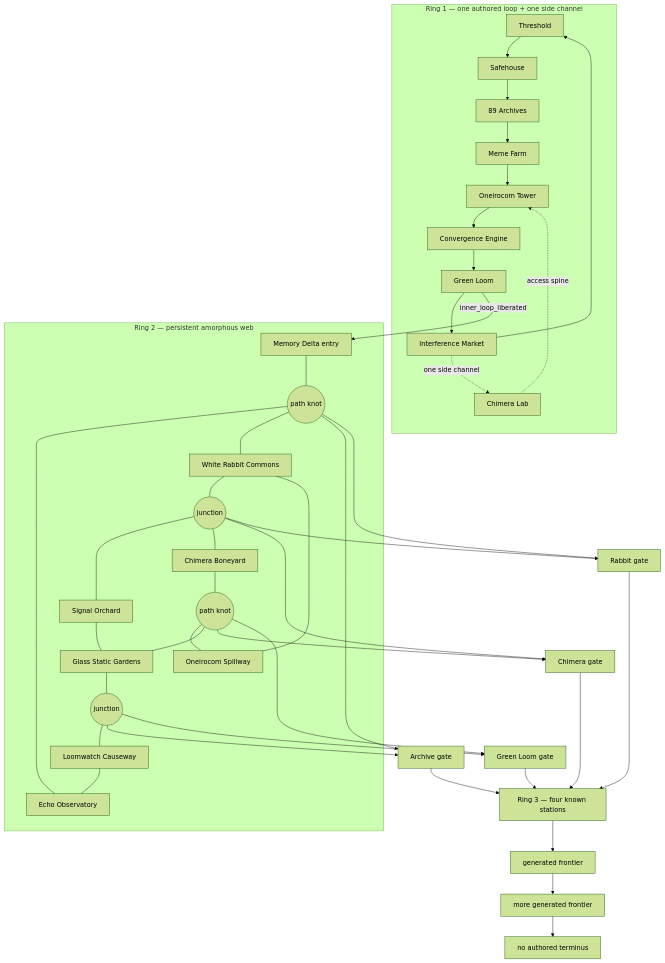
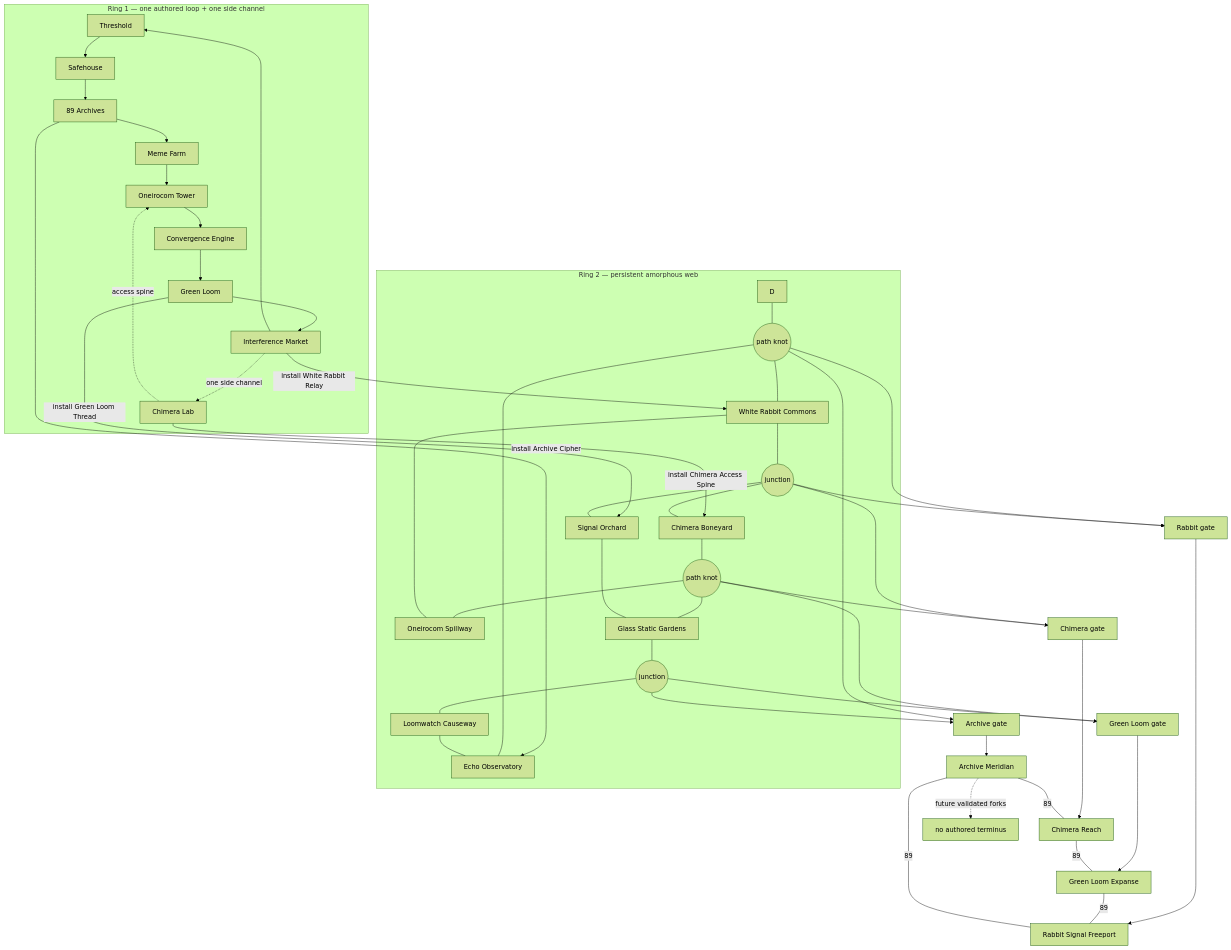
Before and after one commit to cenetex/cosyworld: the diagram in v2/docs/project-89-world-map.md, drawn with Mermaid (forest theme). The commit also changed other lines of this file and 77 other files, not shown here.

````diff
--- a/v2/docs/project-89-world-map.md
+++ b/v2/docs/project-89-world-map.md
@@ -20,41 +22,46 @@
 ```mermaid
 flowchart TB
   subgraph R1["Ring 1 — one authored loop + one side channel"]
     T["Threshold"] --> S["Safehouse"] --> A["89 Archives"] --> M["Meme Farm"]
     M --> O["Oneirocom Tower"] --> C["Convergence Engine"]
     C --> G["Green Loom"] --> I["Interference Market"] --> T
     I -. "one side channel" .-> H["Chimera Lab"] -. "access spine" .-> O
   end
-  G -->|"inner_loop_liberated"| D["Memory Delta entry"]
+  A -->|"install Archive Cipher"| EO["Echo Observatory"]
+  H -->|"install Chimera Access Spine"| CB["Chimera Boneyard"]
+  G -->|"install Green Loom Thread"| SO["Signal Orchard"]
+  I -->|"install White Rabbit Relay"| WR["White Rabbit Commons"]
   subgraph R2["Ring 2 — persistent amorphous web"]
     D --- W1(("path knot"))
-    W1 --- EO["Echo Observatory"]
-    W1 --- WR["White Rabbit Commons"]
+    W1 --- EO
+    W1 --- WR
     WR --- W2(("junction"))
-    W2 --- SO["Signal Orchard"]
-    W2 --- CB["Chimera Boneyard"]
+    W2 --- SO
+    W2 --- CB
     CB --- W3(("path knot"))
     W3 --- OS["Oneirocom Spillway"]
     W3 --- GS["Glass Static Gardens"]
     GS --- W4(("junction"))
     W4 --- LC["Loomwatch Causeway"]
     LC --- EO
     SO --- GS
     WR --- OS
   end
   W1 --> GA["Archive gate"]
   W4 --> GA
   W2 --> GC["Chimera gate"]
   W3 --> GC
   W3 --> GG["Green Loom gate"]
   W4 --> GG
   W1 --> GR["Rabbit gate"]
   W2 --> GR
-  GA --> ST["Ring 3 — four known stations"]
-  GC --> ST
-  GG --> ST
-  GR --> ST
-  ST --> F1["generated frontier"]
-  F1 --> F2["more generated frontier"]
-  F2 --> FN["no authored terminus"]
+  GA --> AM["Archive Meridian"]
+  GC --> CR["Chimera Reach"]
+  GG --> GE["Green Loom Expanse"]
+  GR --> RF["Rabbit Signal Freeport"]
+  AM ---|"89"| CR
+  CR ---|"89"| GE
+  GE ---|"89"| RF
+  RF ---|"89"| AM
+  AM -. "future validated forks" .-> FN["no authored terminus"]
 ```
````
